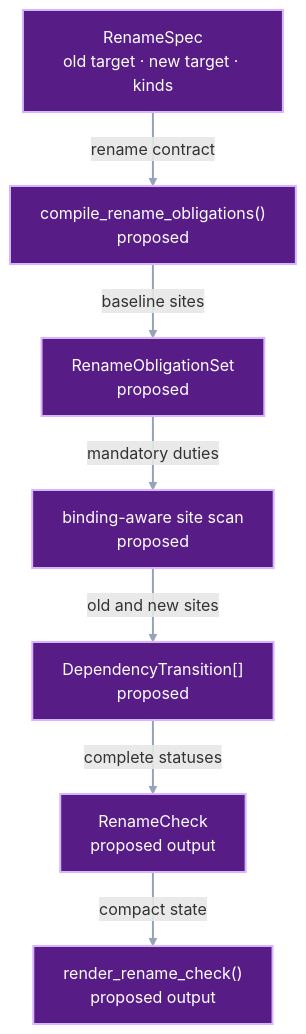
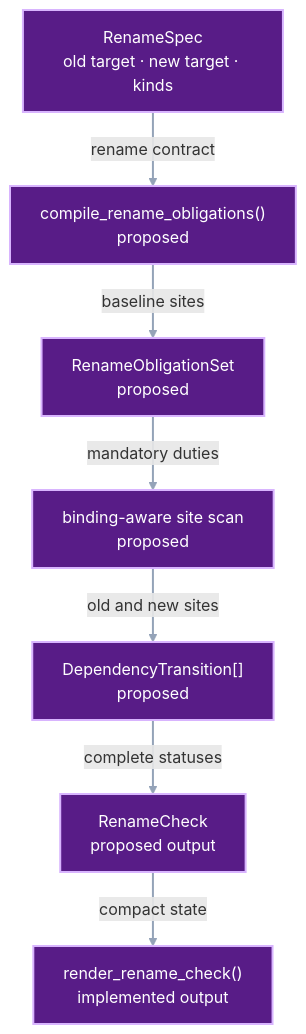
The second of 3 diagrams in docs/development/rename-obligation-check.md (pvd232/viper), drawn with Mermaid before and after one commit. The commit also changed other lines of this file and 12 other files, not shown here.

````diff
--- a/docs/development/rename-obligation-check.md
+++ b/docs/development/rename-obligation-check.md
@@ -123,23 +124,23 @@
 ```mermaid
 flowchart TB
     R["RenameSpec<br/>old target · new target · kinds"]
     Compile["compile_rename_obligations()<br/>proposed"]
     O["RenameObligationSet<br/>proposed"]
     Scan["binding-aware site scan<br/>proposed"]
     Transition["DependencyTransition[]<br/>proposed"]
     Check["RenameCheck<br/>proposed output"]
-    Report["render_rename_check()<br/>proposed output"]
+    Report["render_rename_check()<br/>implemented output"]
 
     R -->|"rename contract"| Compile
     Compile -->|"baseline sites"| O
     O -->|"mandatory duties"| Scan
     Scan -->|"old and new sites"| Transition
     Transition -->|"complete statuses"| Check
     Check -->|"compact state"| Report
 
     class R,Compile,Scan proposed
     class O,Transition,Check,Report output
     classDef proposed fill:#581c87,stroke:#d8b4fe,color:#ffffff,stroke-width:2px
     classDef output fill:#581c87,stroke:#d8b4fe,color:#ffffff,stroke-width:2px
     linkStyle default stroke:#94a3b8,stroke-width:2px
 ```
````
